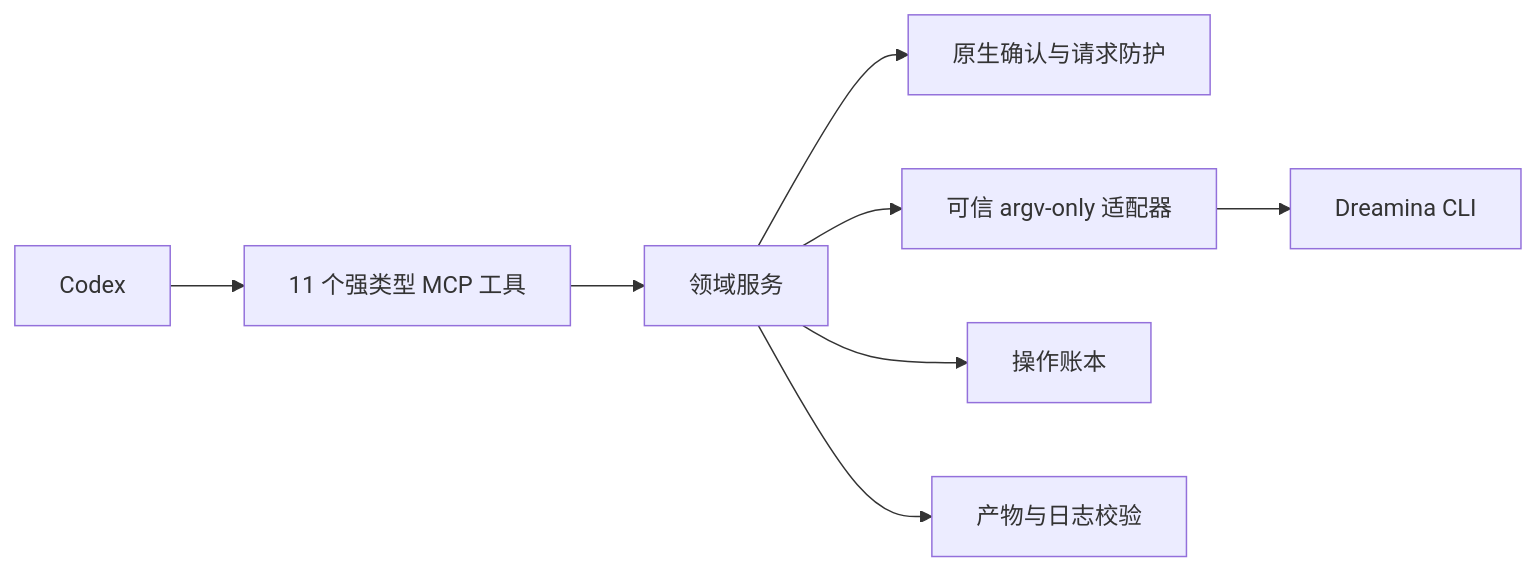
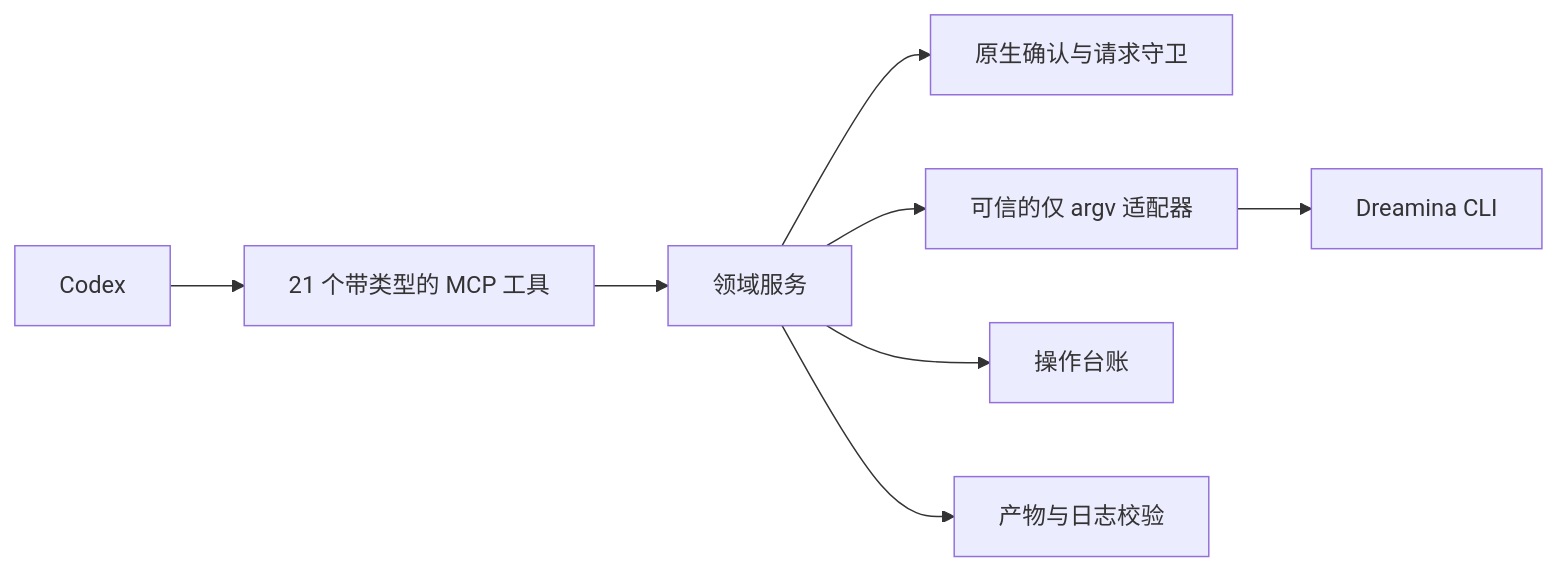
The first of 2 diagrams in docs/Codex-Dreamina-Design-Plugin-Architecture.zh_CN.md (full-aigc-plugins/dreamina-design-plugin), drawn with Mermaid before and after one commit. The commit also changed other lines of this file and 3 other files, not shown here.

First line of the commit message:
docs: restructure the architecture and solution pairs

````diff
--- a/docs/Codex-Dreamina-Design-Plugin-Architecture.zh_CN.md
+++ b/docs/Codex-Dreamina-Design-Plugin-Architecture.zh_CN.md
@@ -10,10 +50,10 @@
 ```mermaid
 flowchart LR
-    Codex --> MCP[11 个强类型 MCP 工具]
+    Codex --> MCP[21 个带类型的 MCP 工具]
     MCP --> Services[领域服务]
-    Services --> Guard[原生确认与请求防护]
-    Services --> Adapter[可信 argv-only 适配器]
+    Services --> Guard[原生确认与请求守卫]
+    Services --> Adapter[可信的仅 argv 适配器]
     Adapter --> CLI[Dreamina CLI]
-    Services --> Ledger[操作账本]
+    Services --> Ledger[操作台账]
     Services --> Verify[产物与日志校验]
 ```
````
